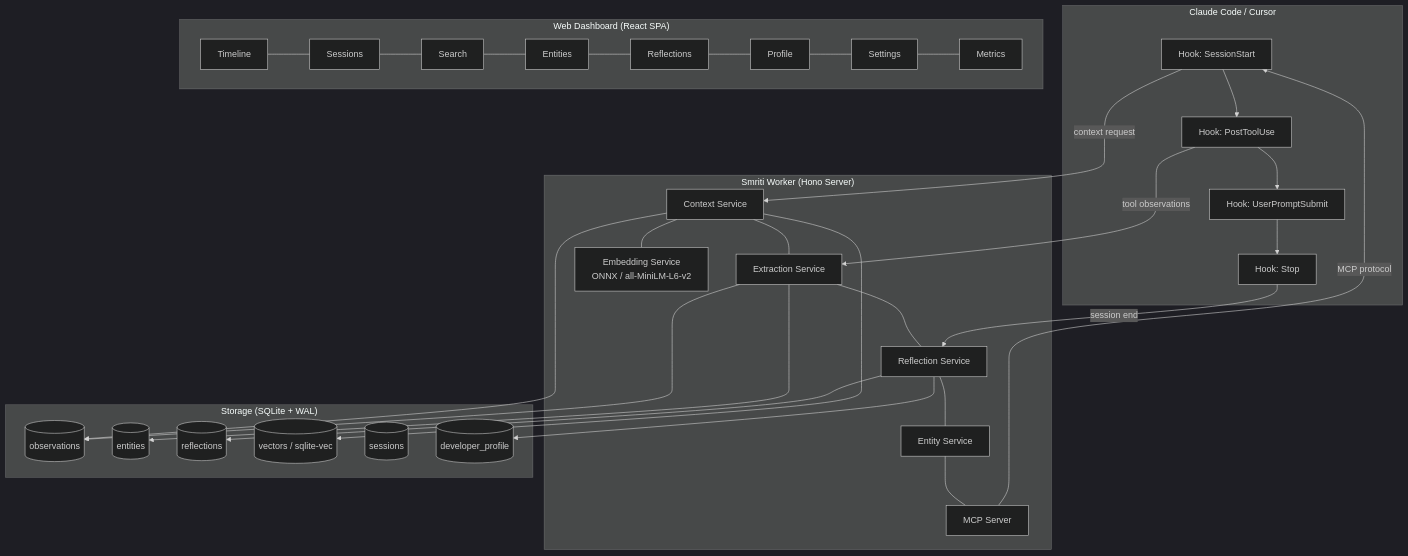
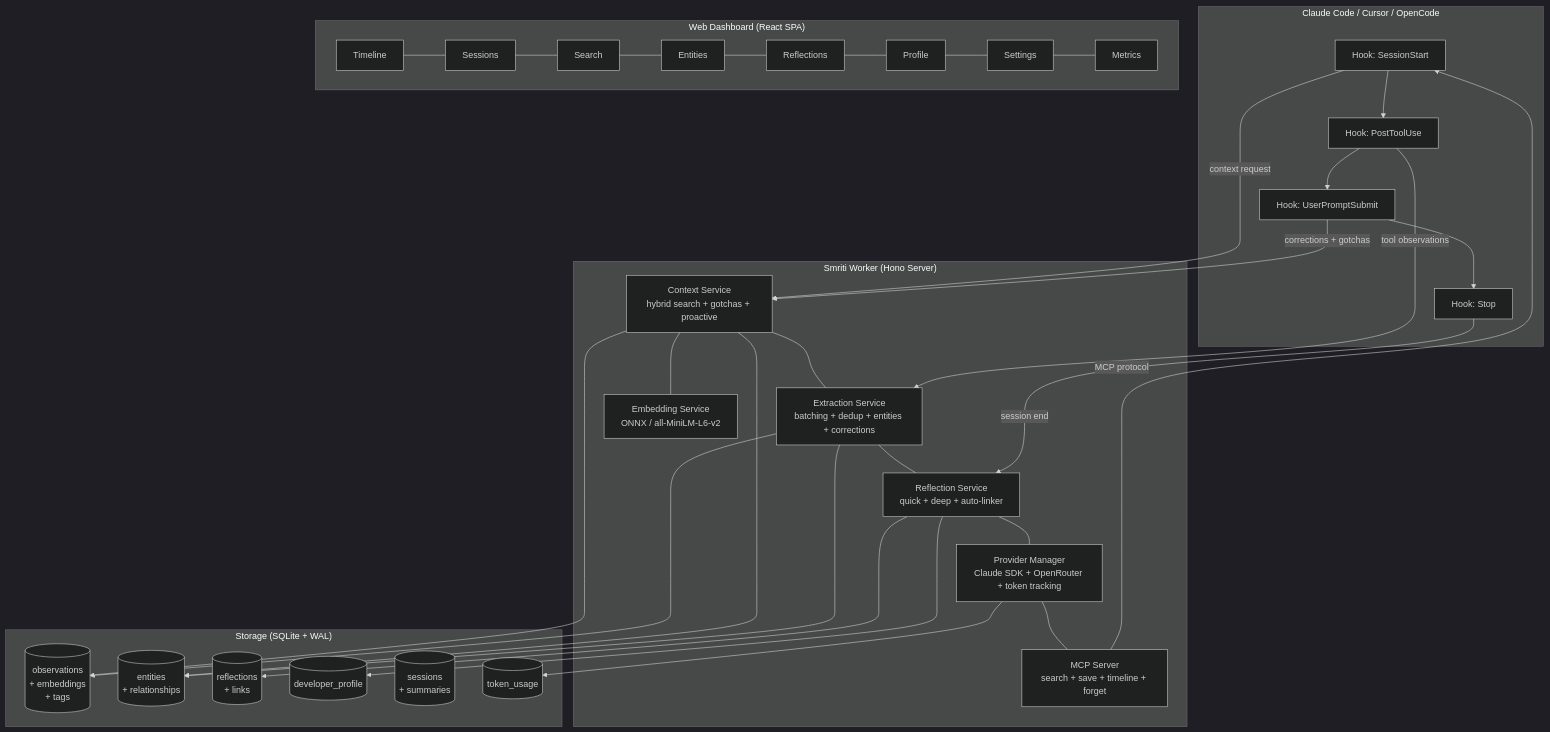
One commit to shubhrai2811/Smriti changed the diagram in README.md. Above: the diagram before and after it, drawn with Mermaid (dark theme). The commit also changed other lines of this file, not shown here.

````diff
--- a/README.md
+++ b/README.md
@@ -379,48 +472,50 @@
 ```mermaid
 graph TB
-    subgraph "Claude Code / Cursor"
+    subgraph "Claude Code / Cursor / OpenCode"
         A[Hook: SessionStart] --> B[Hook: PostToolUse]
         B --> C[Hook: UserPromptSubmit]
         C --> D[Hook: Stop]
     end
 
-    subgraph "Smriti Worker (Hono Server)"
-        E[Context Service] --- F[Extraction Service]
-        F --- G[Reflection Service]
-        G --- H[Entity Service]
-        H --- I[MCP Server]
+    subgraph "Smriti Worker &lpar;Hono Server&rpar;"
+        E[Context Service<br/>hybrid search + gotchas + proactive] --- F[Extraction Service<br/>batching + dedup + entities + corrections]
+        F --- G[Reflection Service<br/>quick + deep + auto-linker]
+        G --- H[Provider Manager<br/>Claude SDK + OpenRouter + token tracking]
+        H --- I[MCP Server<br/>search + save + timeline + forget]
         E --- J[Embedding Service<br/>ONNX / all-MiniLM-L6-v2]
     end
 
-    subgraph "Storage (SQLite + WAL)"
-        K[(observations)]
-        L[(entities)]
-        M[(reflections)]
-        N[(vectors / sqlite-vec)]
-        O[(sessions)]
-        P[(developer_profile)]
+    subgraph "Storage &lpar;SQLite + WAL&rpar;"
+        K[(observations<br/>+ embeddings<br/>+ tags)]
+        L[(entities<br/>+ relationships)]
+        M[(reflections<br/>+ links)]
+        N[(developer_profile)]
+        O[(sessions<br/>+ summaries)]
+        P[(token_usage)]
     end
 
-    subgraph "Web Dashboard (React SPA)"
+    subgraph "Web Dashboard &lpar;React SPA&rpar;"
         Q[Timeline] --- R[Sessions]
         R --- S[Search]
         S --- T[Entities]
         T --- U[Reflections]
         U --- V[Profile]
         V --- W[Settings]
         W --- X[Metrics]
     end
 
     A -->|context request| E
     B -->|tool observations| F
+    C -->|corrections + gotchas| E
     D -->|session end| G
 
     E --> K
-    E --> N
+    E --> L
     F --> K
     F --> L
     G --> M
-    G --> P
+    G --> N
+    H --> P
 
     I -->|MCP protocol| A
 ```
````
